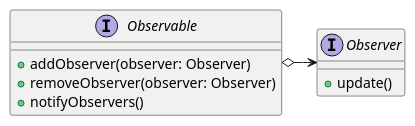
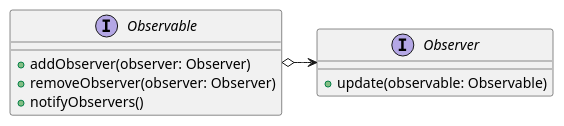
The diagram in Design/Design Patterns/Behavioral Patterns/Observer.md (mengxianbin/cs-notes), drawn with PlantUML before and after one commit. The commit also changed 11 other files, not shown here.

````diff
--- a/Design/Design Patterns/Behavioral Patterns/Observer.md
+++ b/Design/Design Patterns/Behavioral Patterns/Observer.md
@@ -1,17 +1,17 @@
 ```puml
 @startuml
 
 interface Observable {
     + addObserver(observer: Observer)
     + removeObserver(observer: Observer)
     + notifyObservers()
 }
 
 interface Observer {
-    + update()
+    + update(observable: Observable)
 }
 
 Observable o-> Observer
 
 @enduml
 ```
````
